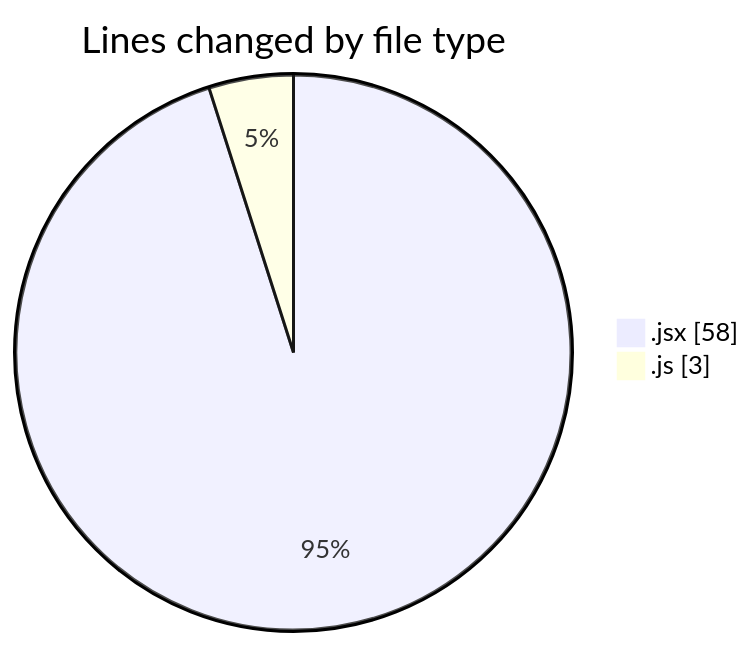
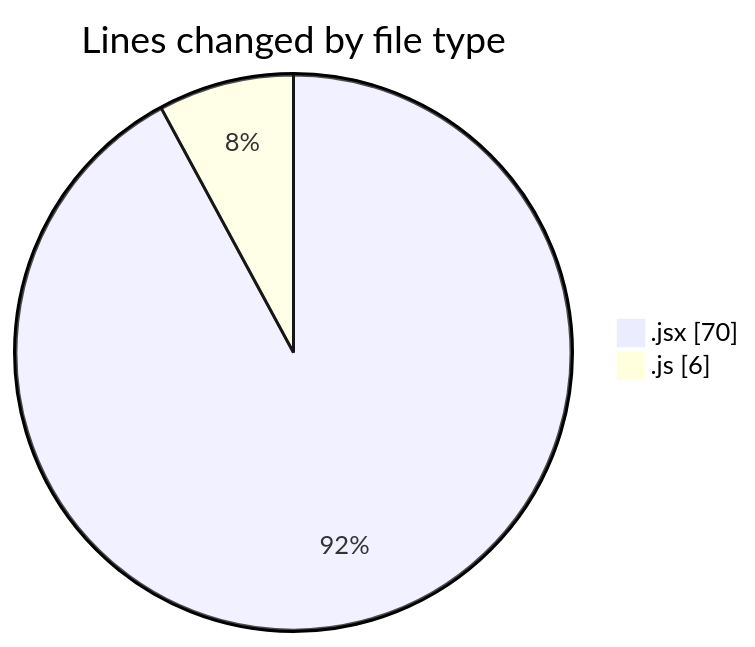
One commit to nxtqubesakshisongat/code-tracking changed the first of 2 diagrams in 2025-12-14/nxtqube_webapp/README.md. Above: the diagram before and after it, drawn with Mermaid. The commit also changed other lines of this file and 1 other file, not shown here.

````diff
--- a/2025-12-14/nxtqube_webapp/README.md
+++ b/2025-12-14/nxtqube_webapp/README.md
@@ -21,6 +21,6 @@
 ```mermaid
 pie showData
 title Lines changed by file type
-".jsx" : 58
-".js" : 3
+".jsx" : 70
+".js" : 6
 ```
````
